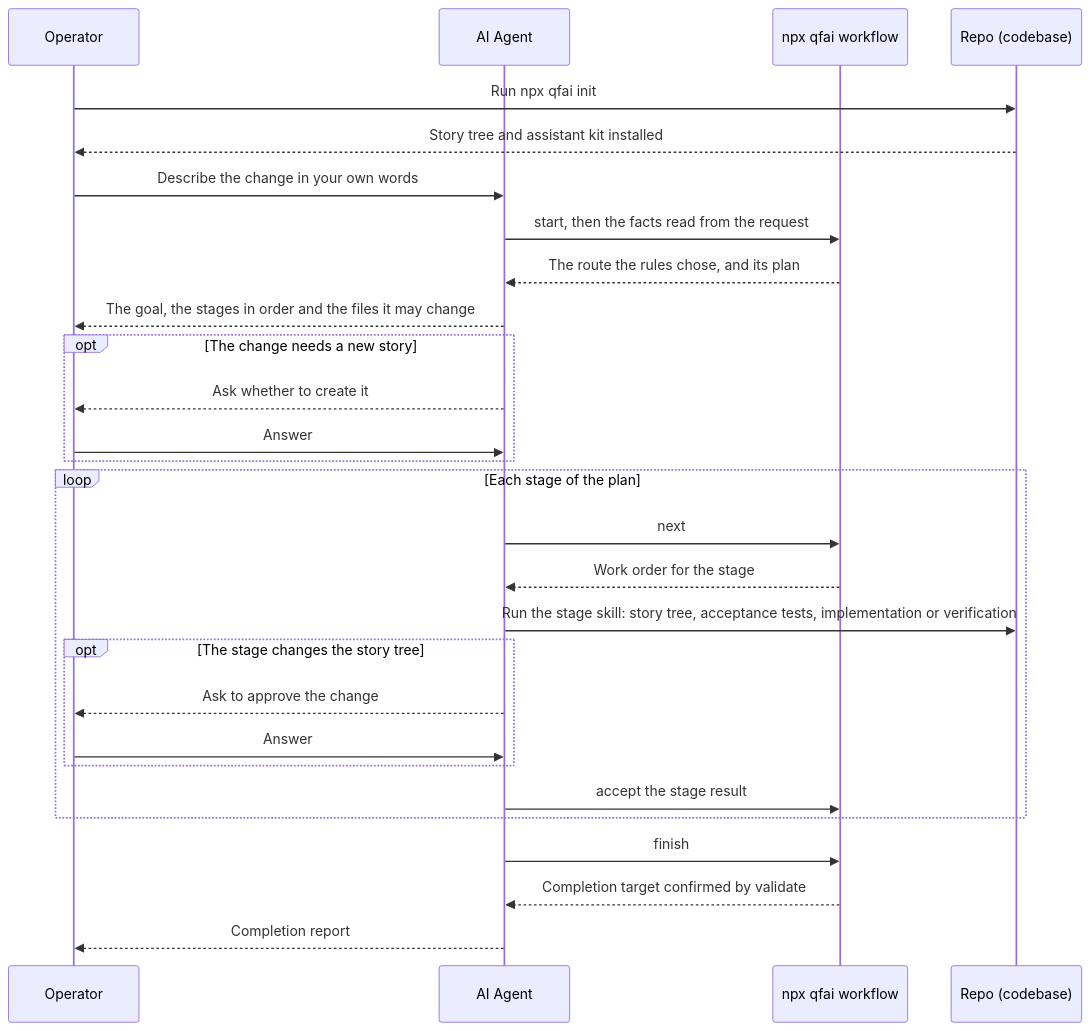
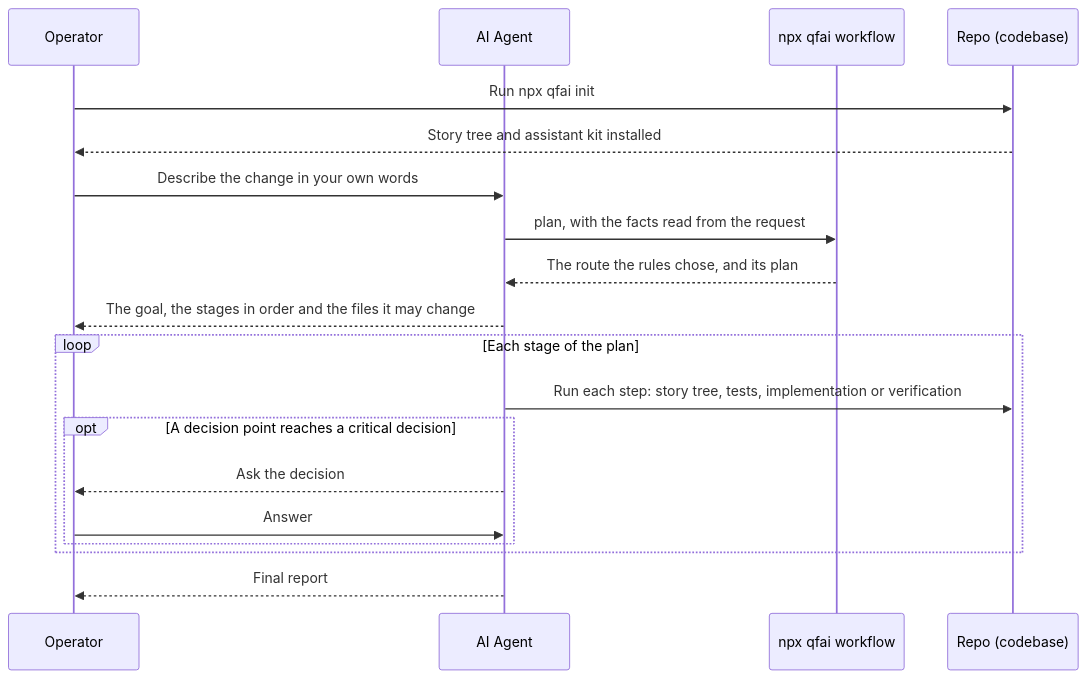
Before and after one commit to aganesy/QFAI: the first of 2 diagrams in packages/qfai/README.md, drawn with Mermaid. The commit also changed other lines of this file and 215 other files, not shown here.

````diff
--- a/packages/qfai/README.md
+++ b/packages/qfai/README.md
@@ -210,35 +206,25 @@
 ```mermaid
 sequenceDiagram
 participant O as Operator
 participant AG as AI Agent
 participant W as npx qfai workflow
 participant R as Repo (codebase)
 
 O->>R: Run npx qfai init
 R-->>O: Story tree and assistant kit installed
 
 O->>AG: Describe the change in your own words
-AG->>W: start, then the facts read from the request
+AG->>W: plan, with the facts read from the request
 W-->>AG: The route the rules chose, and its plan
 AG-->>O: The goal, the stages in order and the files it may change
 
-opt The change needs a new story
-AG-->>O: Ask whether to create it
+loop Each stage of the plan
+AG->>R: Run each step: story tree, tests, implementation or verification
+opt A decision point reaches a critical decision
+AG-->>O: Ask the decision
 O->>AG: Answer
 end
-
-loop Each stage of the plan
-AG->>W: next
-W-->>AG: Work order for the stage
-AG->>R: Run the stage skill: story tree, acceptance tests, implementation or verification
-opt The stage changes the story tree
-AG-->>O: Ask to approve the change
-O->>AG: Answer
-end
-AG->>W: accept the stage result
 end
 
-AG->>W: finish
-W-->>AG: Completion target confirmed by validate
-AG-->>O: Completion report
+AG-->>O: Final report
 ```
````
